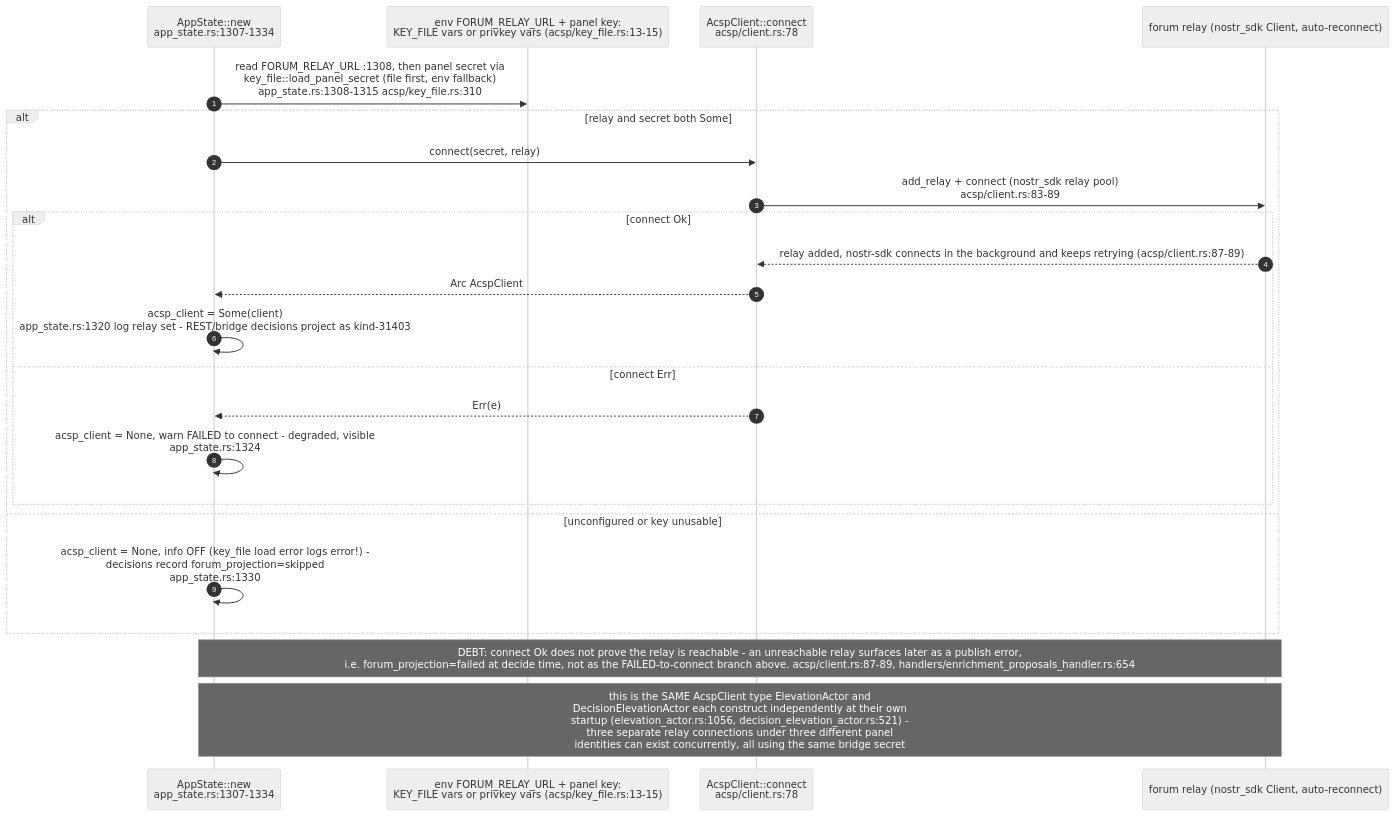
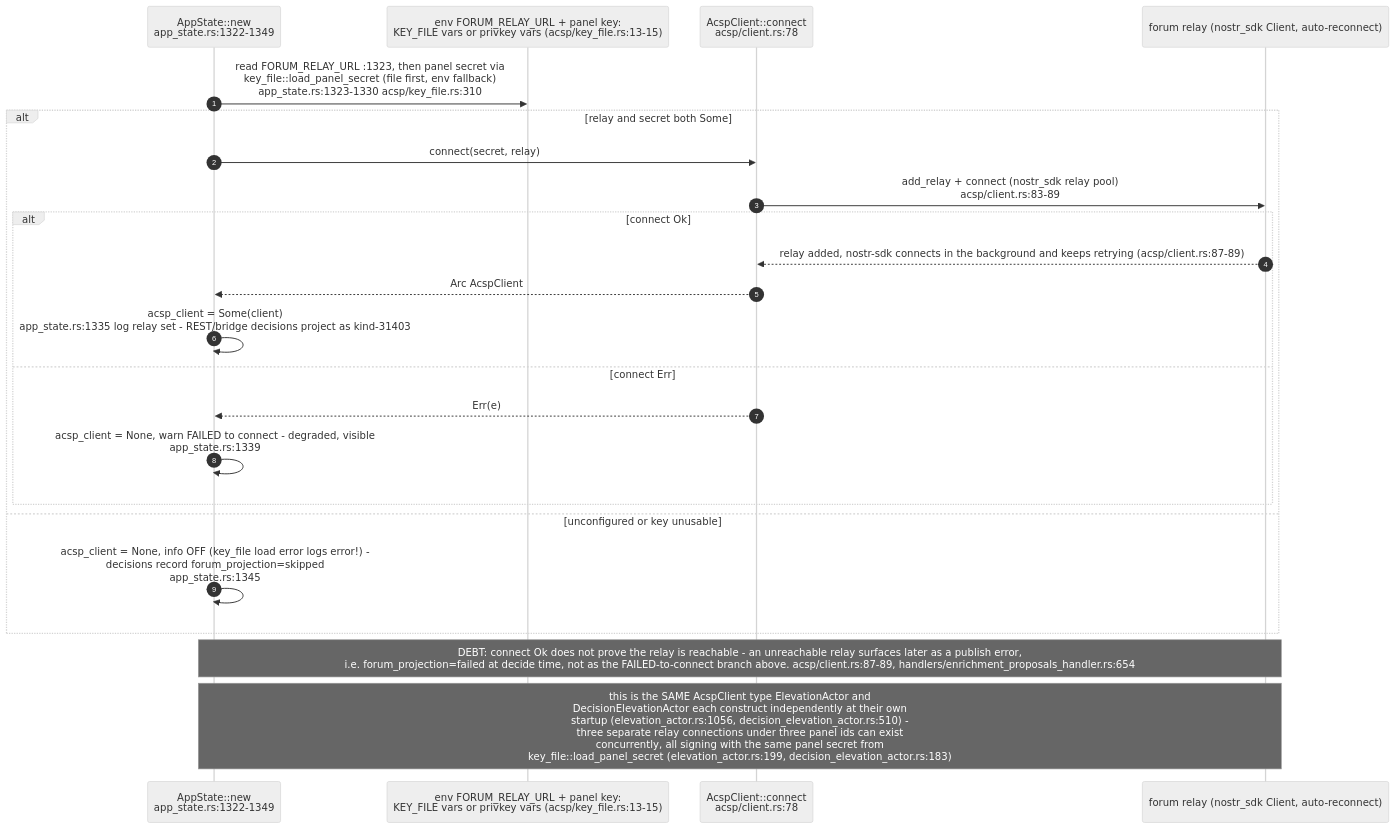
Before and after one commit to DreamLab-AI/VisionFlow: the tenth of 12 diagrams in docs/diagrams/visionclaw/24-acsp-decision-elevation.md, drawn with Mermaid (neutral theme). The commit also changed other lines of this file and 173 other files, not shown here.

````diff
--- a/docs/diagrams/visionclaw/24-acsp-decision-elevation.md
+++ b/docs/diagrams/visionclaw/24-acsp-decision-elevation.md
@@ -377,25 +382,25 @@
 ```mermaid
 sequenceDiagram
     autonumber
-    participant BOOT as AppState::new<br/>app_state.rs:1307-1334
+    participant BOOT as AppState::new<br/>app_state.rs:1322-1349
     participant ENV as env FORUM_RELAY_URL + panel key:<br/>KEY_FILE vars or privkey vars (acsp/key_file.rs:13-15)
     participant ACSP as AcspClient::connect<br/>acsp/client.rs:78
     participant RELAY as forum relay (nostr_sdk Client, auto-reconnect)
-    BOOT->>ENV: read FORUM_RELAY_URL :1308, then panel secret via<br/>key_file::load_panel_secret (file first, env fallback)<br/>app_state.rs:1308-1315 acsp/key_file.rs:310
+    BOOT->>ENV: read FORUM_RELAY_URL :1323, then panel secret via<br/>key_file::load_panel_secret (file first, env fallback)<br/>app_state.rs:1323-1330 acsp/key_file.rs:310
     alt relay and secret both Some
         BOOT->>ACSP: connect(secret, relay)
         ACSP->>RELAY: add_relay + connect (nostr_sdk relay pool)<br/>acsp/client.rs:83-89
         alt connect Ok
             RELAY-->>ACSP: relay added, nostr-sdk connects in the background and keeps retrying (acsp/client.rs:87-89)
             ACSP-->>BOOT: Arc AcspClient
-            BOOT->>BOOT: acsp_client = Some(client)<br/>app_state.rs:1320 log relay set - REST/bridge decisions project as kind-31403
+            BOOT->>BOOT: acsp_client = Some(client)<br/>app_state.rs:1335 log relay set - REST/bridge decisions project as kind-31403
         else connect Err
             ACSP-->>BOOT: Err(e)
-            BOOT->>BOOT: acsp_client = None, warn FAILED to connect - degraded, visible<br/>app_state.rs:1324
+            BOOT->>BOOT: acsp_client = None, warn FAILED to connect - degraded, visible<br/>app_state.rs:1339
         end
     else unconfigured or key unusable
-        BOOT->>BOOT: acsp_client = None, info OFF (key_file load error logs error!) -<br/>decisions record forum_projection=skipped<br/>app_state.rs:1330
+        BOOT->>BOOT: acsp_client = None, info OFF (key_file load error logs error!) -<br/>decisions record forum_projection=skipped<br/>app_state.rs:1345
     end
     Note over BOOT,RELAY: DEBT: connect Ok does not prove the relay is reachable - an unreachable relay surfaces later as a publish error,<br/>i.e. forum_projection=failed at decide time, not as the FAILED-to-connect branch above. acsp/client.rs:87-89, handlers/enrichment_proposals_handler.rs:654
-    Note over BOOT,RELAY: this is the SAME AcspClient type ElevationActor and<br/>DecisionElevationActor each construct independently at their own<br/>startup (elevation_actor.rs:1056, decision_elevation_actor.rs:521) -<br/>three separate relay connections under three different panel<br/>identities can exist concurrently, all using the same bridge secret
+    Note over BOOT,RELAY: this is the SAME AcspClient type ElevationActor and<br/>DecisionElevationActor each construct independently at their own<br/>startup (elevation_actor.rs:1056, decision_elevation_actor.rs:510) -<br/>three separate relay connections under three panel ids can exist<br/>concurrently, all signing with the same panel secret from<br/>key_file::load_panel_secret (elevation_actor.rs:199, decision_elevation_actor.rs:183)
 ```
````
